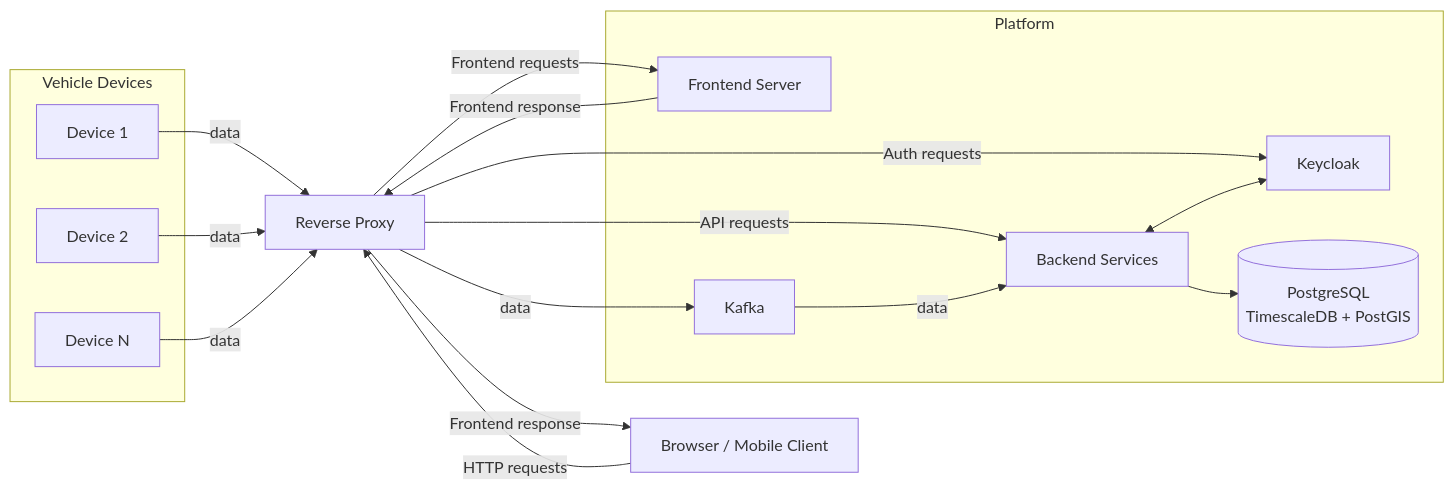
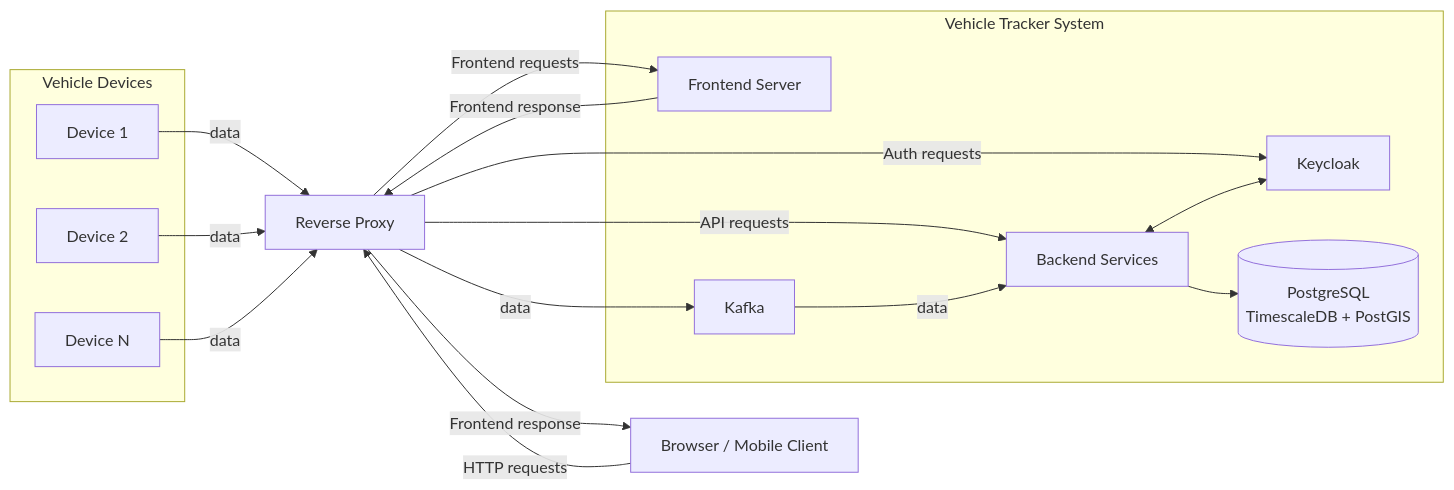
Before and after one commit to diogocerqueiralima/vehicle-tracker: the diagram in README.MD, drawn with Mermaid.

Commit message:
Rename subgraph to Vehicle Tracker System

````diff
--- a/README.MD
+++ b/README.MD
@@ -28,37 +28,37 @@
 ```mermaid
 flowchart LR
     subgraph Vehicle Devices
         D1[Device 1]
         D2[Device 2]
         DN[Device N]
     end
 
     APP[Browser / Mobile Client]
     RP[Reverse Proxy]
 
-    subgraph Platform
+    subgraph Vehicle Tracker System
         FE[Frontend Server]
         API[Backend Services]
         IDP[Keycloak]
         K[Kafka]
         DB[(PostgreSQL<br/>TimescaleDB + PostGIS)]
     end
 
     D1 -->|data | RP
     D2 -->|data | RP
     DN -->|data | RP
 
     APP -->|HTTP requests | RP
 
     RP -->|Frontend requests | FE
     FE -->|Frontend response | RP
     RP -->|Frontend response | APP
 
     RP -->|API requests | API
     RP -->|Auth requests | IDP
     RP -->|data | K
 
     K -->|data | API
     API --> DB
     API <--> IDP
 ```
````
